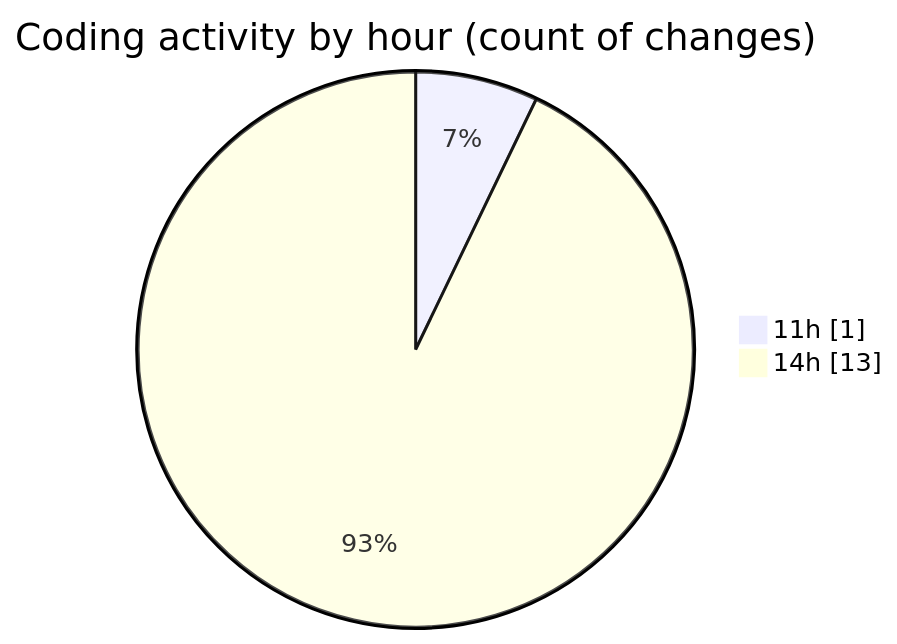
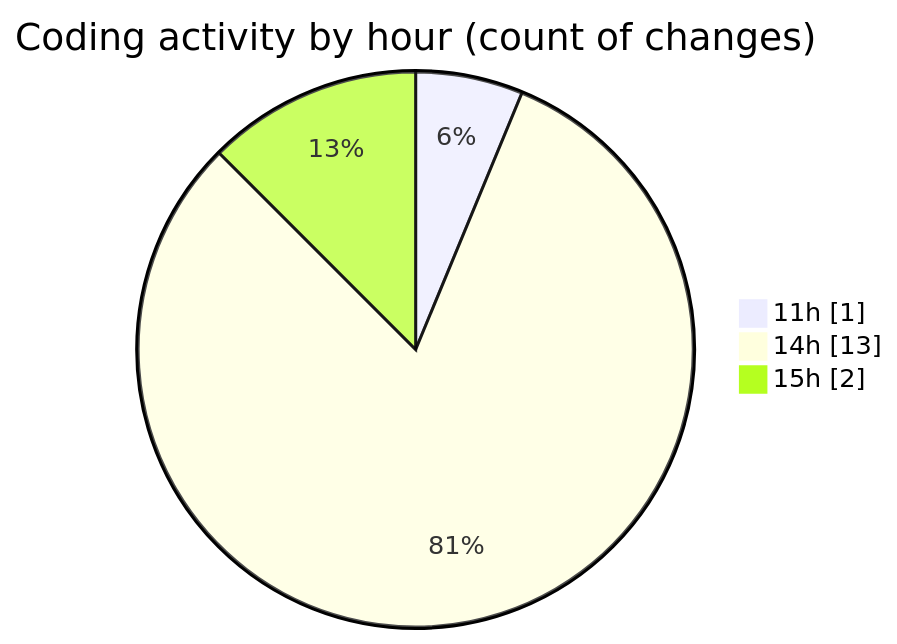
The second of 2 diagrams in 2025-12-29/budget_front_nest/README.md (igalym/code-tracking), drawn with Mermaid before and after one commit. The commit also changed other lines of this file and 1 other file, not shown here.

````diff
--- a/2025-12-29/budget_front_nest/README.md
+++ b/2025-12-29/budget_front_nest/README.md
@@ -34,6 +34,7 @@
 ```mermaid
 pie showData
 title Coding activity by hour (count of changes)
 "11h" : 1
 "14h" : 13
+"15h" : 2
 ```
````
